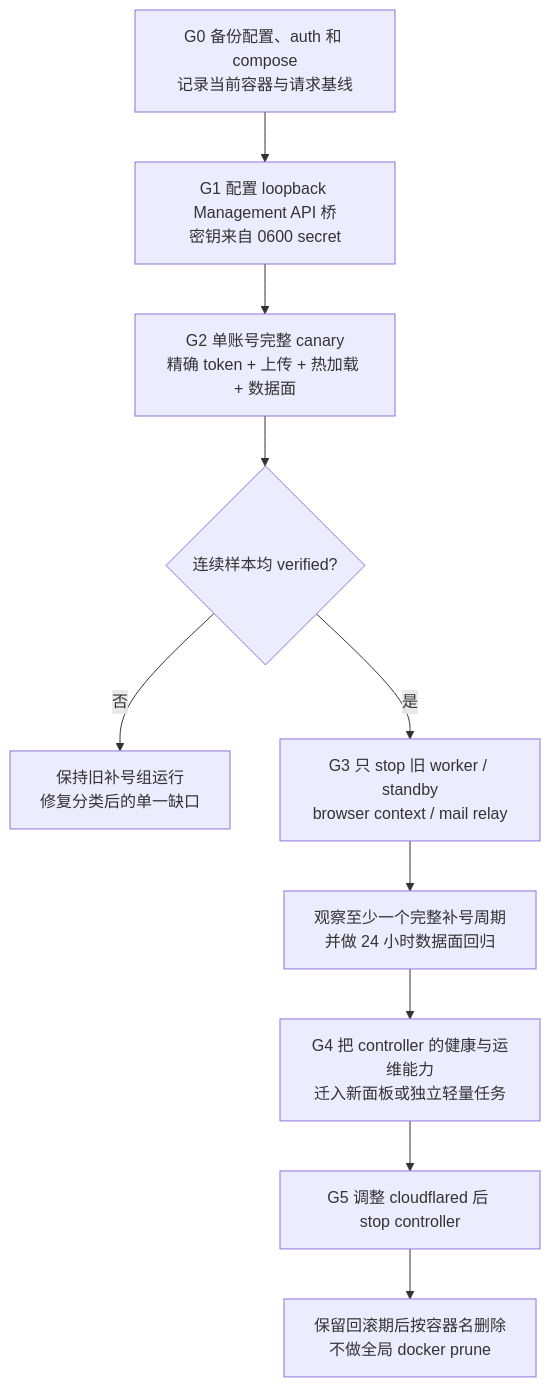
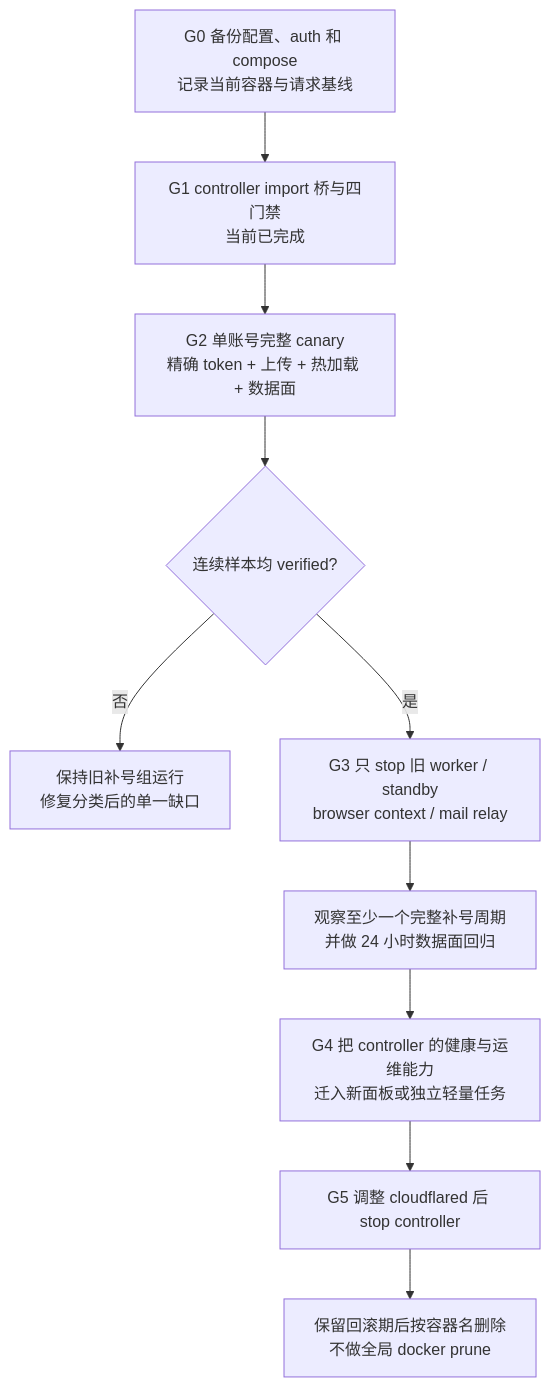
The second of 5 diagrams in docs/CONVERGENCE_AND_GAPS.md (canxua/grok-register-panel), drawn with Mermaid before and after one commit. The commit also changed other lines of this file and 10 other files, not shown here.

Commit message:
docs(ops): record verified OVH registration architecture

````diff
--- a/docs/CONVERGENCE_AND_GAPS.md
+++ b/docs/CONVERGENCE_AND_GAPS.md
@@ -120,12 +119,12 @@
 ```mermaid
 flowchart TD
     g0["G0 备份配置、auth 和 compose<br/>记录当前容器与请求基线"] --> g1
-    g1["G1 配置 loopback Management API 桥<br/>密钥来自 0600 secret"] --> g2
+    g1["G1 controller import 桥与四门禁<br/>当前已完成"] --> g2
     g2["G2 单账号完整 canary<br/>精确 token + 上传 + 热加载 + 数据面"] --> decision{"连续样本均 verified?"}
     decision -->|"否"| rollback["保持旧补号组运行<br/>修复分类后的单一缺口"]
     decision -->|"是"| g3["G3 只 stop 旧 worker / standby<br/>browser context / mail relay"]
     g3 --> observe["观察至少一个完整补号周期<br/>并做 24 小时数据面回归"]
     observe --> g4["G4 把 controller 的健康与运维能力<br/>迁入新面板或独立轻量任务"]
     g4 --> g5["G5 调整 cloudflared 后 stop controller"]
     g5 --> cleanup["保留回滚期后按容器名删除<br/>不做全局 docker prune"]
 ```
````
